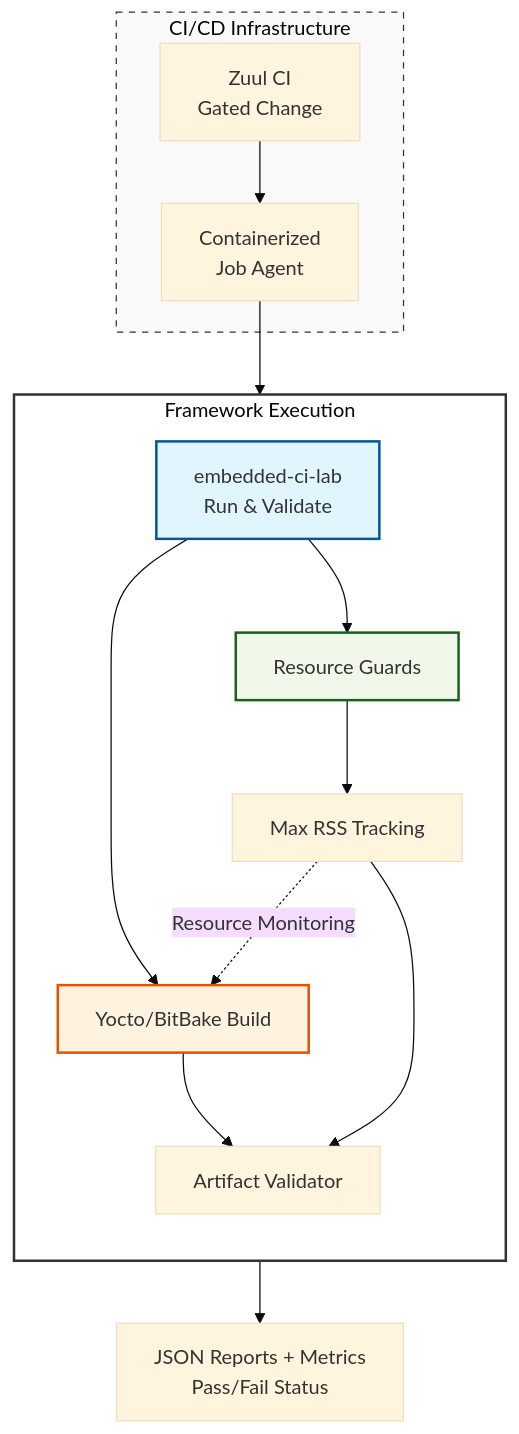
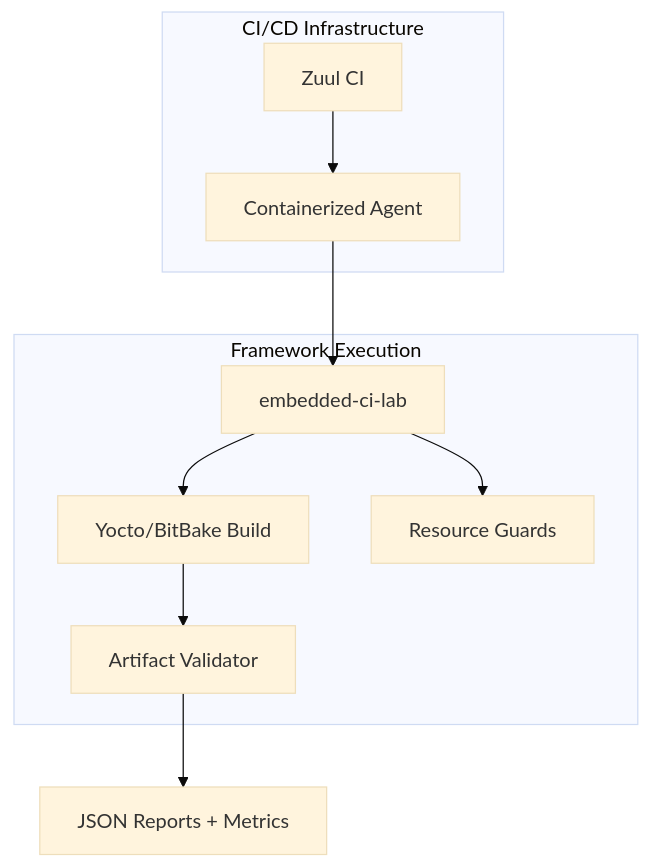
The diagram in README.md (antoniooreany/embedded-ci-lab), drawn with Mermaid (base theme) before and after one commit. The commit also changed other lines of this file, not shown here.

````diff
--- a/README.md
+++ b/README.md
@@ -236,28 +144,13 @@
 ```mermaid
 graph TD
     subgraph External_CI [CI/CD Infrastructure]
-        Zuul[Zuul CI <br/> Gated Change] --> Agent[Containerized <br/> Job Agent]
+        Zuul[Zuul CI] --> Agent[Containerized Agent]
     end
-
-    Agent --> Runner[embedded-ci-lab <br/> Run & Validate]
-
+    Agent --> Runner[embedded-ci-lab]
     subgraph Internal_Execution [Framework Execution]
-        direction TB
         Runner --> Build[Yocto/BitBake Build]
         Runner --> Guards[Resource Guards]
         Build --> Validator[Artifact Validator]
-        Guards --> RSS[Max RSS Tracking]
-        
-        RSS -. "Resource Monitoring" .-> Build
-        RSS --> Validator
     end
-
-    Validator --> Output[JSON Reports + Metrics <br/> Pass/Fail Status]
-
-    %% Styling
-    style External_CI fill:#f9f9f9,stroke:#333,stroke-dasharray: 5 5
-    style Internal_Execution fill:#fff,stroke:#333,stroke-width:2px
-    style Runner fill:#e1f5fe,stroke:#01579b,stroke-width:2px
-    style Build fill:#fff3e0,stroke:#e65100,stroke-width:2px
-    style Guards fill:#f1f8e9,stroke:#1b5e20,stroke-width:2px
+    Validator --> Output[JSON Reports + Metrics]
 ```
````
